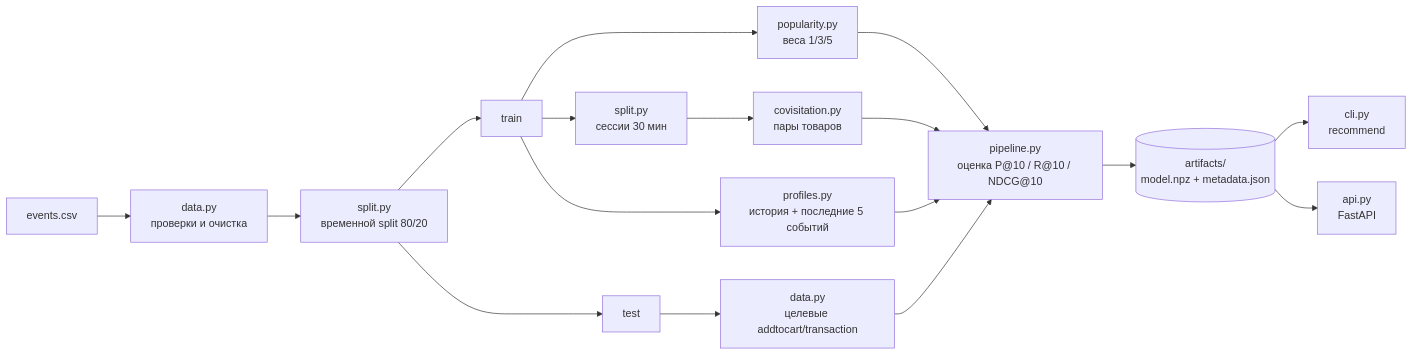
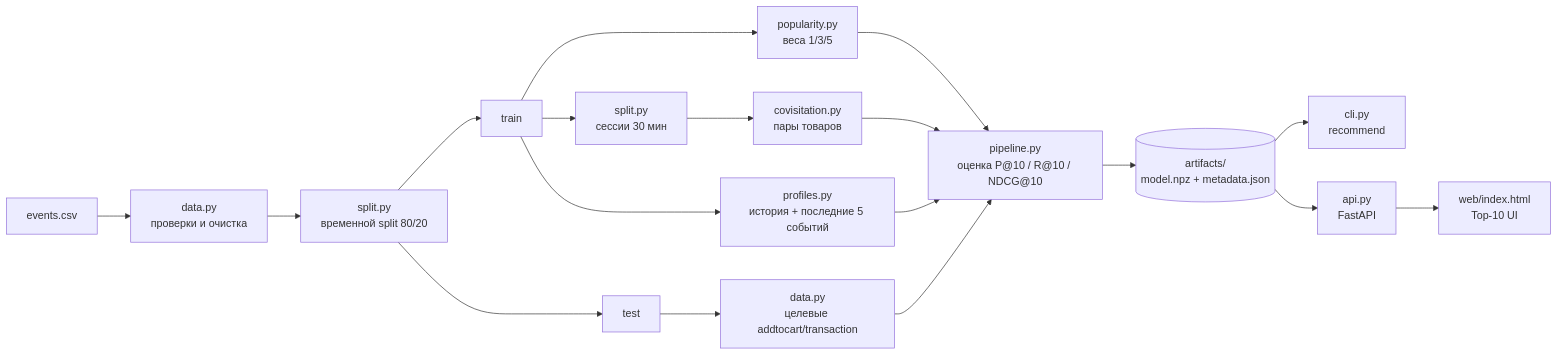
Before and after one commit to Ilia-sharp/SII-LR06-Nazdratenko: the diagram in ARCHITECTURE.md, drawn with Mermaid. The commit also changed other lines of this file and 4 other files, not shown here.

````diff
--- a/ARCHITECTURE.md
+++ b/ARCHITECTURE.md
@@ -5,19 +5,20 @@
 ```mermaid
 flowchart LR
     A[events.csv] --> B[data.py<br/>проверки и очистка]
     B --> C[split.py<br/>временной split 80/20]
     C --> D[train]
     C --> T[test]
     D --> E[popularity.py<br/>веса 1/3/5]
     D --> F[split.py<br/>сессии 30 мин]
     F --> G[covisitation.py<br/>пары товаров]
     D --> H[profiles.py<br/>история + последние 5 событий]
     T --> I[data.py<br/>целевые addtocart/transaction]
     E --> J[pipeline.py<br/>оценка P@10 / R@10 / NDCG@10]
     G --> J
     H --> J
     I --> J
     J --> K[(artifacts/<br/>model.npz + metadata.json)]
     K --> L[cli.py<br/>recommend]
     K --> M[api.py<br/>FastAPI]
+    M --> W[web/index.html<br/>Top-10 UI]
 ```
````
